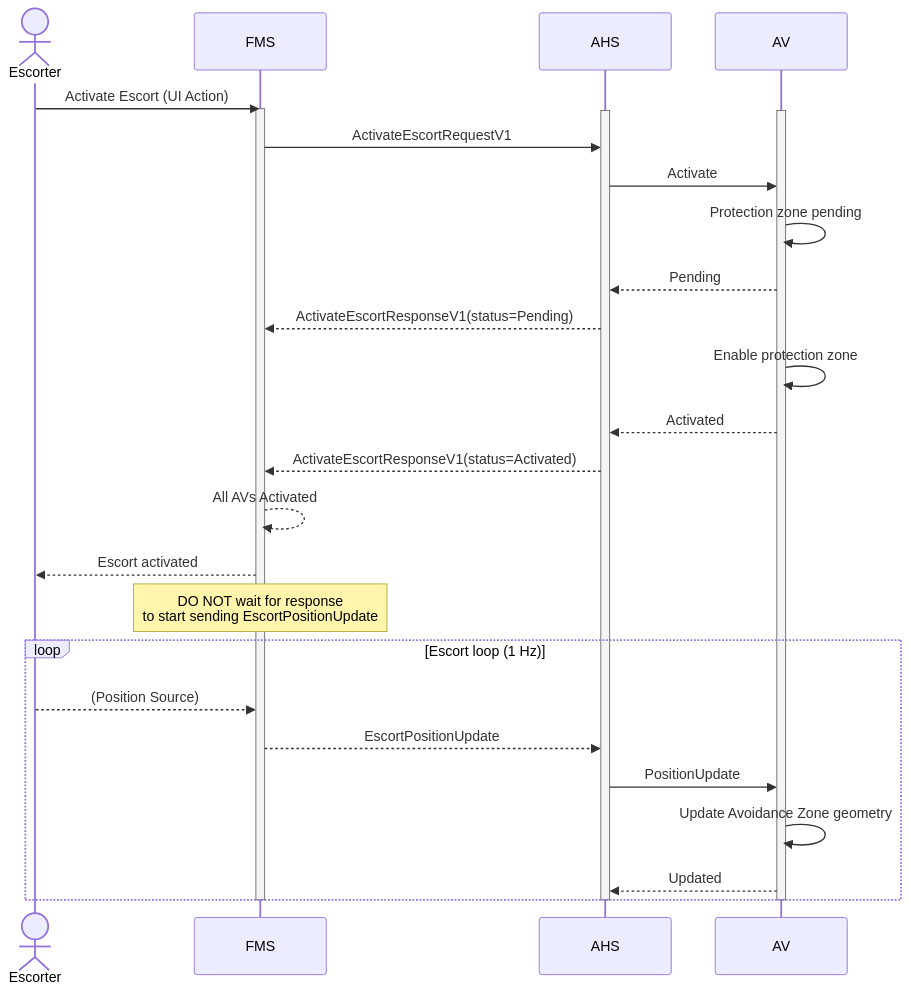
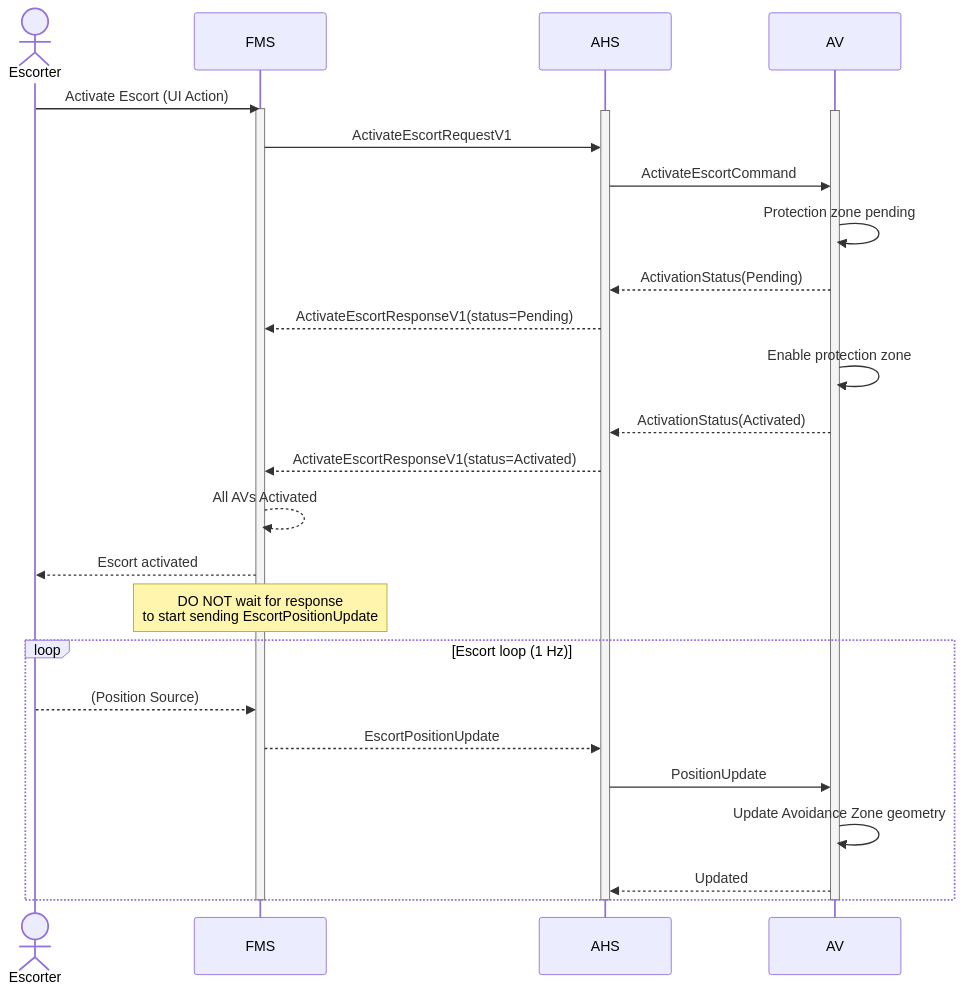
One commit to open-autonomy/escort changed the first of 3 diagrams in diagram/EscortActivation.md. Above: the diagram before and after it, drawn with Mermaid. The commit also changed other lines of this file and 11 other files, not shown here.

````diff
--- a/diagram/EscortActivation.md
+++ b/diagram/EscortActivation.md
@@ -9,35 +9,35 @@
 ```mermaid
 sequenceDiagram
     actor Escorter
     participant FMS
     participant AHS
     participant AV
 
     Escorter->>FMS: Activate Escort (UI Action)
     activate FMS
     activate AHS
     activate AV
     FMS->>AHS: ActivateEscortRequestV1
-    AHS->>AV: Activate
+    AHS->>AV: ActivateEscortCommand
     AV->>AV: Protection zone pending
-    AV-->>AHS: Pending
+    AV-->>AHS: ActivationStatus(Pending)
     AHS-->>FMS: ActivateEscortResponseV1(status=Pending)
 
     AV->>AV: Enable protection zone
-    AV-->>AHS: Activated
+    AV-->>AHS: ActivationStatus(Activated)
     AHS-->>FMS: ActivateEscortResponseV1(status=Activated)
     FMS-->>FMS: All AVs Activated
     FMS-->>Escorter: Escort activated
     Note over FMS: DO NOT wait for response<br/>to start sending EscortPositionUpdate
     loop Escort loop (1 Hz)
         Escorter-->>FMS: (Position Source)
         FMS-->>AHS: EscortPositionUpdate
         AHS->>AV: PositionUpdate
         AV->>AV: Update Avoidance Zone geometry
         AV-->>AHS: Updated
     end
     %% Deactivation flow moved to EscortDeactivation.md
     deactivate AV
     deactivate AHS
     deactivate FMS
 ```
````
